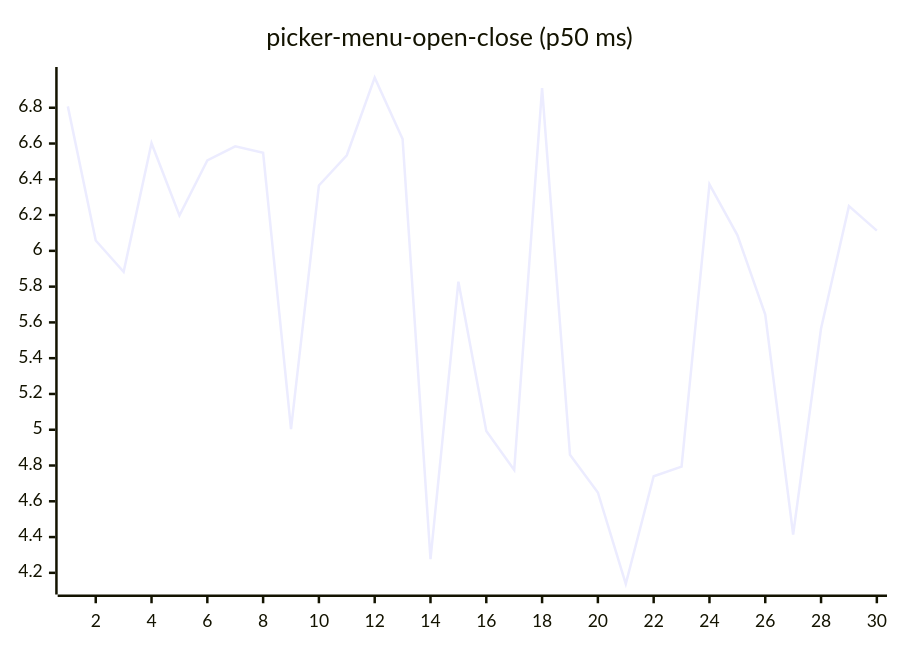
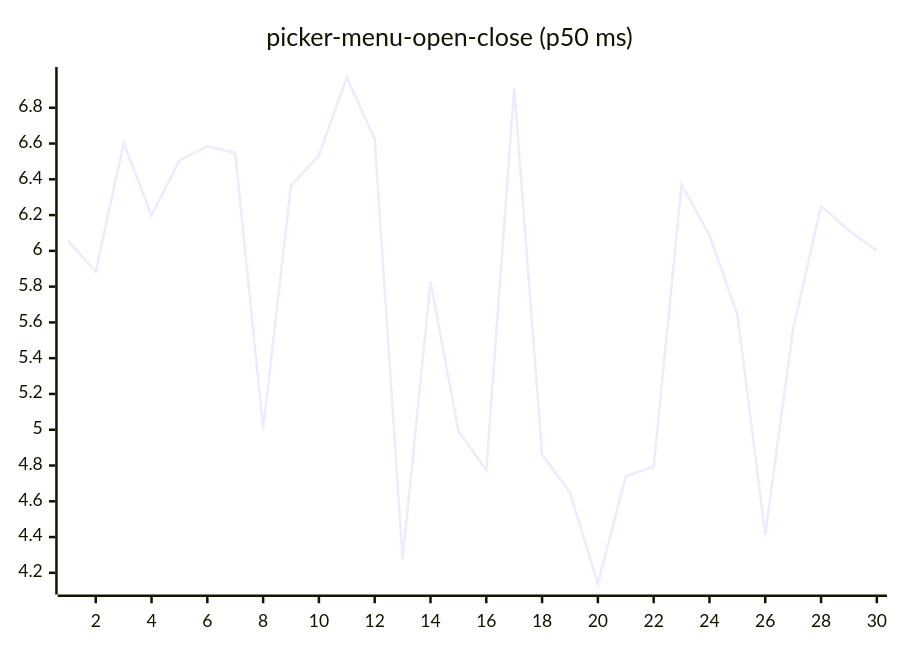
Before and after one commit to josha/Facet: diagram 16 of 27 in README.md, drawn with Mermaid. The commit also changed other lines of this file and 2 other files, not shown here.

````diff
--- a/README.md
+++ b/README.md
@@ -168,6 +168,6 @@
 ```mermaid
 xychart-beta
     title "picker-menu-open-close (p50 ms)"
     x-axis 1 --> 30
-    line [6.8077, 6.0581, 5.8829, 6.6018, 6.1978, 6.5053, 6.5840, 6.5483, 5.0039, 6.3653, 6.5343, 6.9684, 6.6249, 4.2762, 5.8275, 4.9929, 4.7749, 6.9094, 4.8605, 4.6493, 4.1383, 4.7397, 4.7934, 6.3713, 6.0885, 5.6440, 4.4145, 5.5656, 6.2500, 6.1133]
+    line [6.0581, 5.8829, 6.6018, 6.1978, 6.5053, 6.5840, 6.5483, 5.0039, 6.3653, 6.5343, 6.9684, 6.6249, 4.2762, 5.8275, 4.9929, 4.7749, 6.9094, 4.8605, 4.6493, 4.1383, 4.7397, 4.7934, 6.3713, 6.0885, 5.6440, 4.4145, 5.5656, 6.2500, 6.1133, 6.0006]
 ```
````
